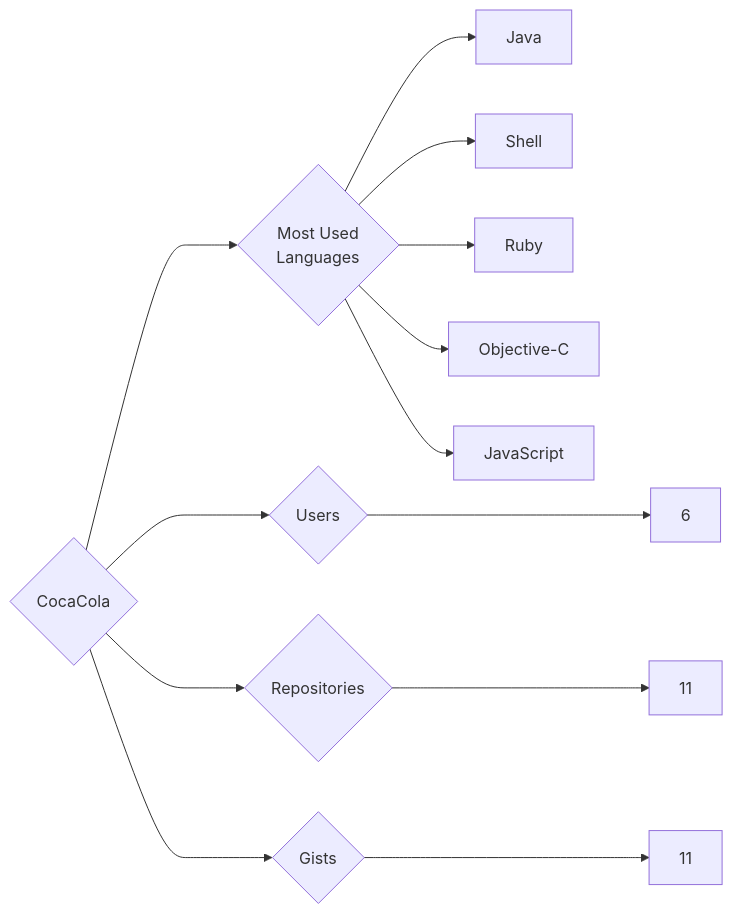
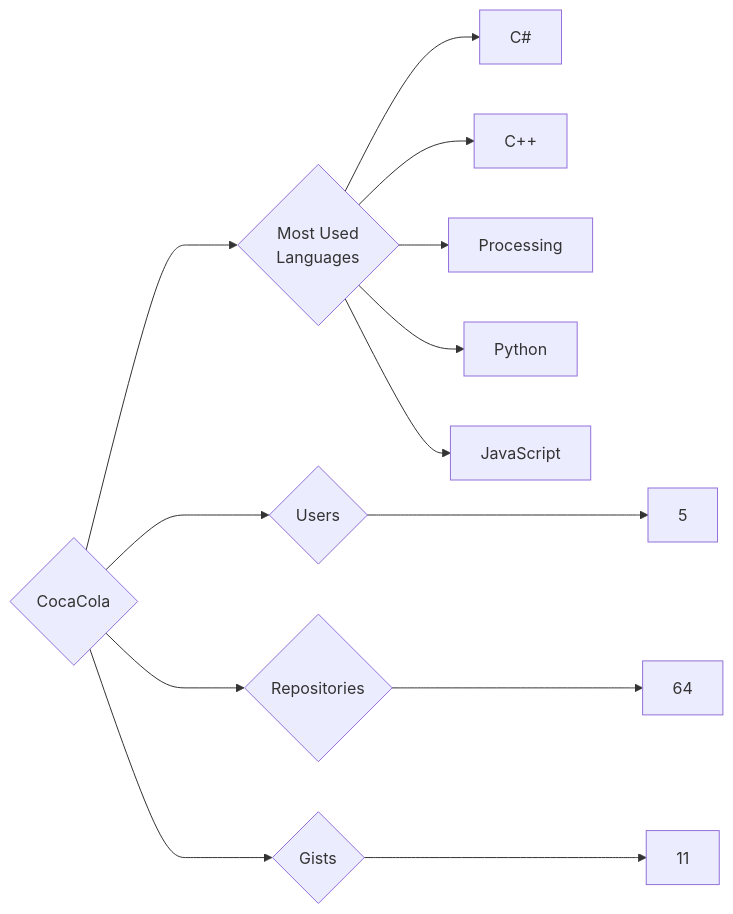
One commit to trickest/insiders changed the diagram in targets/CocaCola/README.md. Above: the diagram before and after it, drawn with Mermaid. The commit also changed 1092 other files, not shown here.

````diff
--- a/targets/CocaCola/README.md
+++ b/targets/CocaCola/README.md
@@ -3,13 +3,13 @@
 ```mermaid
 graph LR
 COMPANY_NAME{CocaCola}
-COMPANY_NAME ---> U{Users} ---> UN[6]
-COMPANY_NAME ---> R{Repositories} ---> RN[11]
+COMPANY_NAME ---> U{Users} ---> UN[5]
+COMPANY_NAME ---> R{Repositories} ---> RN[64]
 COMPANY_NAME ---> G{Gists} ---> GN[11]
 COMPANY_NAME ---> ML{Most Used<br>Languages}
-ML --> Java[Java]
-ML --> Shell[Shell]
-ML --> Ruby[Ruby]
-ML --> Objective-C[Objective-C]
+ML --> C#[C#]
+ML --> C++[C++]
+ML --> Processing[Processing]
+ML --> Python[Python]
 ML --> JavaScript[JavaScript]
 ```
````
